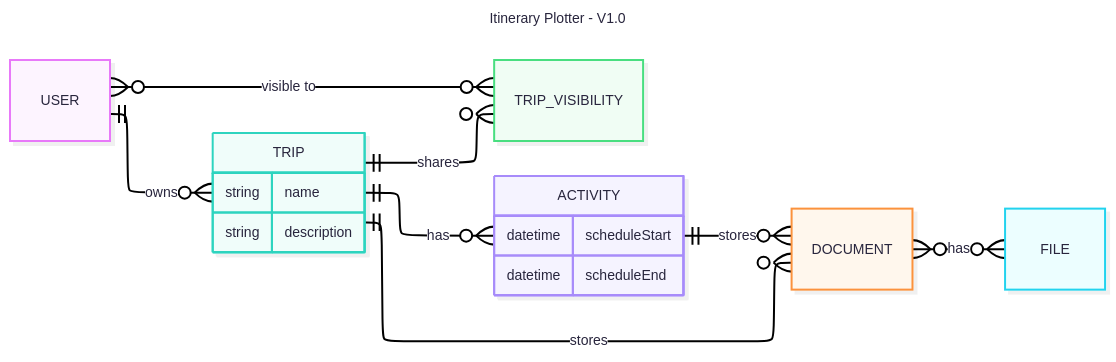
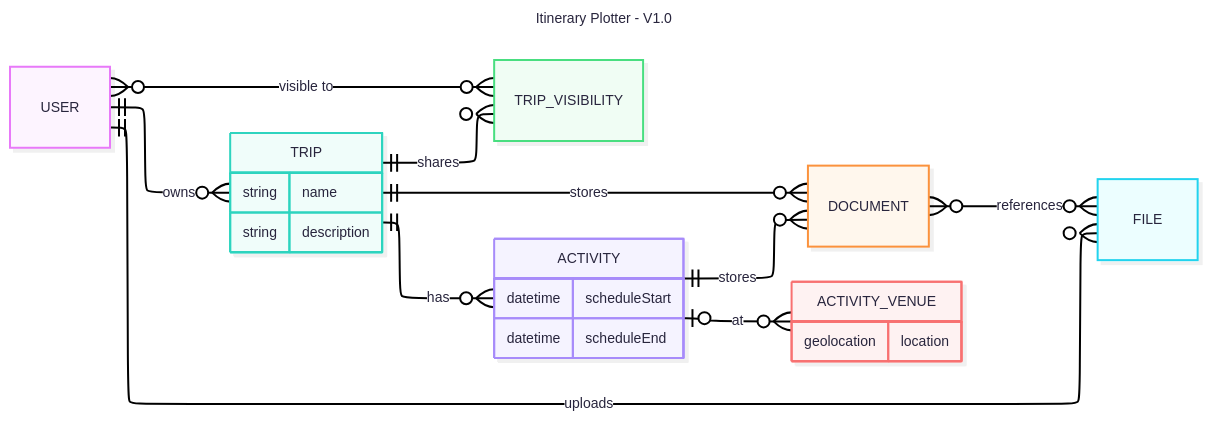
Before and after one commit to rhapsocraft/itinerary-plotter-api: the diagram in README.md, drawn with Mermaid. The commit also changed 1 other file, not shown here.

````diff
--- a/README.md
+++ b/README.md
@@ -46,36 +46,41 @@
 ```mermaid
 ---
 config:
   layout: elk
   look: neo
   theme: redux-color
 title: Itinerary Plotter - V1.0
 ---
 erDiagram
 	direction LR
 	USER {
 	}
 	TRIP {
 		string name  ""
 		string description  ""
 	}
 	DOCUMENT {
 	}
 	FILE {
 	}
 	TRIP_VISIBILITY {
 	}
 	ACTIVITY {
 		datetime scheduleStart
 		datetime scheduleEnd
 	}
+	ACTIVITY_VENUE {
+		geolocation location
+	}
 
 	USER||--o{TRIP:"owns"
+	USER||--o{FILE:"uploads"
 	TRIP||--o{TRIP_VISIBILITY:"shares"
 	TRIP_VISIBILITY}o--o{USER:"visible to"
 	TRIP||--o{DOCUMENT:"stores"
 	TRIP||--o{ACTIVITY:"has"
 	ACTIVITY||--o{DOCUMENT:"stores"
-	DOCUMENT}o--o{FILE:"has"
+	ACTIVITY|o--o{ACTIVITY_VENUE:"at"
+	DOCUMENT}o--o{FILE:"references"
 
 ```
````
